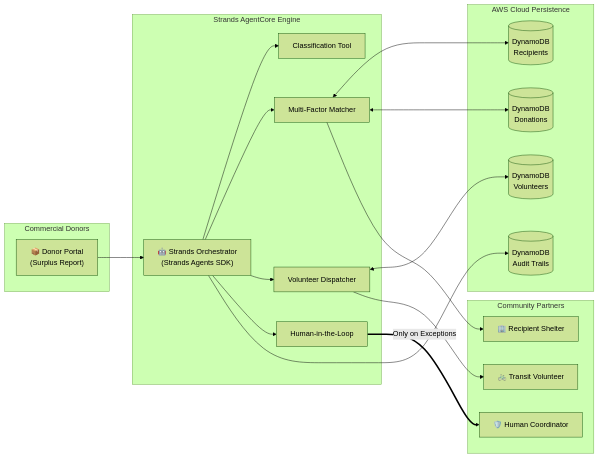
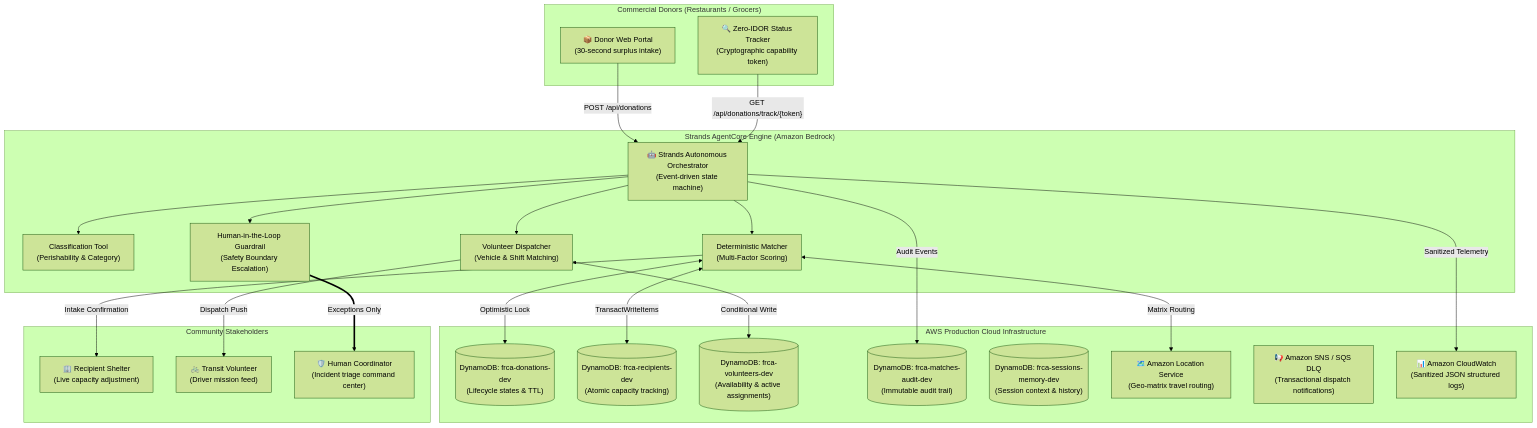
One commit to kuldeep-poonia/food-rescue-coordination-agent changed the diagram in README.md. Above: the diagram before and after it, drawn with Mermaid (forest theme). The commit also changed other lines of this file, not shown here.

Commit message:
docs: write comprehensive README with architecture, safety vetting, user guide, and demo credentials

````diff
--- a/README.md
+++ b/README.md
@@ -50,42 +116,51 @@
 ```mermaid
-flowchart LR
-    subgraph Intake["Commercial Donors"]
-        Donor["📦 Donor Portal<br/>(Surplus Report)"]
+flowchart TD
+    subgraph Donors["Commercial Donors (Restaurants / Grocers)"]
+        D1["📦 Donor Web Portal<br/>(30-second surplus intake)"]
+        D2["🔍 Zero-IDOR Status Tracker<br/>(Cryptographic capability token)"]
     end
 
-    subgraph AgentCore["Strands AgentCore Engine"]
-        Orchestrator["🤖 Strands Orchestrator<br/>(Strands Agents SDK)"]
-        ClassifyTool["Classification Tool"]
-        MatchTool["Multi-Factor Matcher"]
-        DispatchTool["Volunteer Dispatcher"]
-        EscalateTool["Human-in-the-Loop"]
+    subgraph AgentLayer["Strands AgentCore Engine (Amazon Bedrock)"]
+        Orchestrator["🤖 Strands Autonomous Orchestrator<br/>(Event-driven state machine)"]
+        Classify["Classification Tool<br/>(Perishability & Category)"]
+        MatchEngine["Deterministic Matcher<br/>(Multi-Factor Scoring)"]
+        DispatchEngine["Volunteer Dispatcher<br/>(Vehicle & Shift Matching)"]
+        SafetyGuardrail["Human-in-the-Loop Guardrail<br/>(Safety Boundary Escalation)"]
     end
 
-    subgraph AWSData["AWS Cloud Persistence"]
-        DDB_Donations[("DynamoDB<br/>Donations")]
-        DDB_Recipients[("DynamoDB<br/>Recipients")]
-        DDB_Volunteers[("DynamoDB<br/>Volunteers")]
-        DDB_Audit[("DynamoDB<br/>Audit Trails")]
+    subgraph AWSCloud["AWS Production Cloud Infrastructure"]
+        DDB_Donations[("DynamoDB: frca-donations-dev<br/>(Lifecycle states & TTL)")]
+        DDB_Recipients[("DynamoDB: frca-recipients-dev<br/>(Atomic capacity tracking)")]
+        DDB_Volunteers[("DynamoDB: frca-volunteers-dev<br/>(Availability & active assignments)")]
+        DDB_Audit[("DynamoDB: frca-matches-audit-dev<br/>(Immutable audit trail)")]
+        DDB_Memory[("DynamoDB: frca-sessions-memory-dev<br/>(Session context & history)")]
+        LocService["🗺️ Amazon Location Service<br/>(Geo-matrix travel routing)"]
+        SNS_SQS["📢 Amazon SNS / SQS DLQ<br/>(Transactional dispatch notifications)"]
+        CloudWatch["📊 Amazon CloudWatch<br/>(Sanitized JSON structured logs)"]
     end
 
-    subgraph Delivery["Community Partners"]
-        Volunteer["🚲 Transit Volunteer"]
-        Shelter["🏢 Recipient Shelter"]
-        Coordinator["🛡️ Human Coordinator"]
+    subgraph Partners["Community Stakeholders"]
+        Shelter["🏢 Recipient Shelter<br/>(Live capacity adjustment)"]
+        Volunteer["🚲 Transit Volunteer<br/>(Driver mission feed)"]
+        Coordinator["🛡️ Human Coordinator<br/>(Incident triage command center)"]
     end
 
-    Donor --> Orchestrator
-    Orchestrator --> ClassifyTool
-    Orchestrator --> MatchTool
-    Orchestrator --> DispatchTool
-    Orchestrator --> EscalateTool
+    D1 -->|"POST /api/donations"| Orchestrator
+    D2 -->|"GET /api/donations/track/{token}"| Orchestrator
 
-    MatchTool <--> DDB_Recipients
-    MatchTool <--> DDB_Donations
-    DispatchTool <--> DDB_Volunteers
-    Orchestrator --> DDB_Audit
+    Orchestrator --> Classify
+    Orchestrator --> MatchEngine
+    Orchestrator --> DispatchEngine
+    Orchestrator --> SafetyGuardrail
 
-    DispatchTool --> Volunteer
-    MatchTool --> Shelter
-    EscalateTool ==>|"Only on Exceptions"| Coordinator
+    MatchEngine <-->|"TransactWriteItems"| DDB_Recipients
+    MatchEngine <-->|"Optimistic Lock"| DDB_Donations
+    MatchEngine <-->|"Matrix Routing"| LocService
+    DispatchEngine <-->|"Conditional Write"| DDB_Volunteers
+    Orchestrator -->|"Audit Events"| DDB_Audit
+    Orchestrator -->|"Sanitized Telemetry"| CloudWatch
+
+    DispatchEngine -->|"Dispatch Push"| Volunteer
+    MatchEngine -->|"Intake Confirmation"| Shelter
+    SafetyGuardrail ==>|"Exceptions Only"| Coordinator
 ```
````
